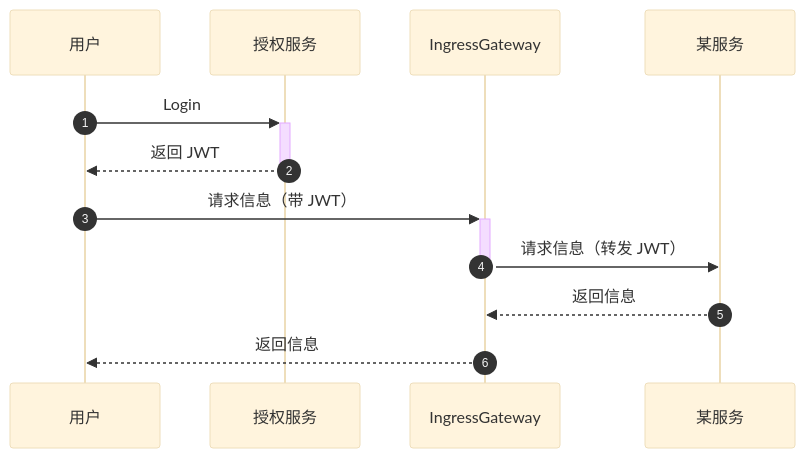
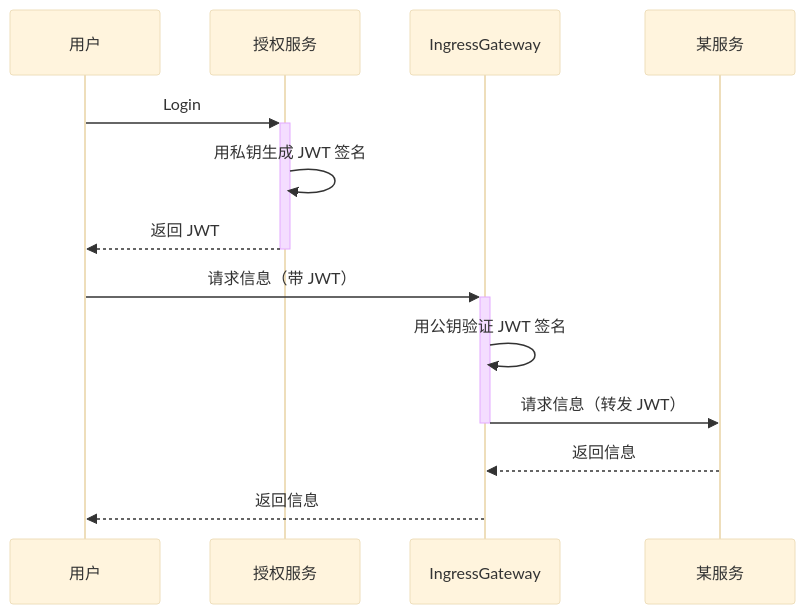
One commit to ryan4yin/knowledge changed the diagram in kubernetes/service_mesh - istio/使用 Istio 进行 JWT 身份验证（充当 API 网关）.md. Above: the diagram before and after it, drawn with Mermaid (base theme).

Commit message:
docs: jwt auth

````diff
--- a/kubernetes/service_mesh - istio/使用 Istio 进行 JWT 身份验证（充当 API 网关）.md
+++ b/kubernetes/service_mesh - istio/使用 Istio 进行 JWT 身份验证（充当 API 网关）.md
@@ -220,14 +220,16 @@
 ```mermaid
 sequenceDiagram
-autonumber
+# autonumber
 participant User as 用户
 participant Auth as 授权服务
 participant IG as IngressGateway
 participant SVC as 某服务
 User->>+Auth: Login
+Auth->>Auth: 用私钥生成 JWT 签名
 Auth-->>-User: 返回 JWT
 User->>+IG: 请求信息（带 JWT）
+IG->>IG: 用公钥验证 JWT 签名
 IG->>-SVC: 请求信息（转发 JWT）
 SVC-->>IG: 返回信息
 IG-->>User: 返回信息
 ```
````
